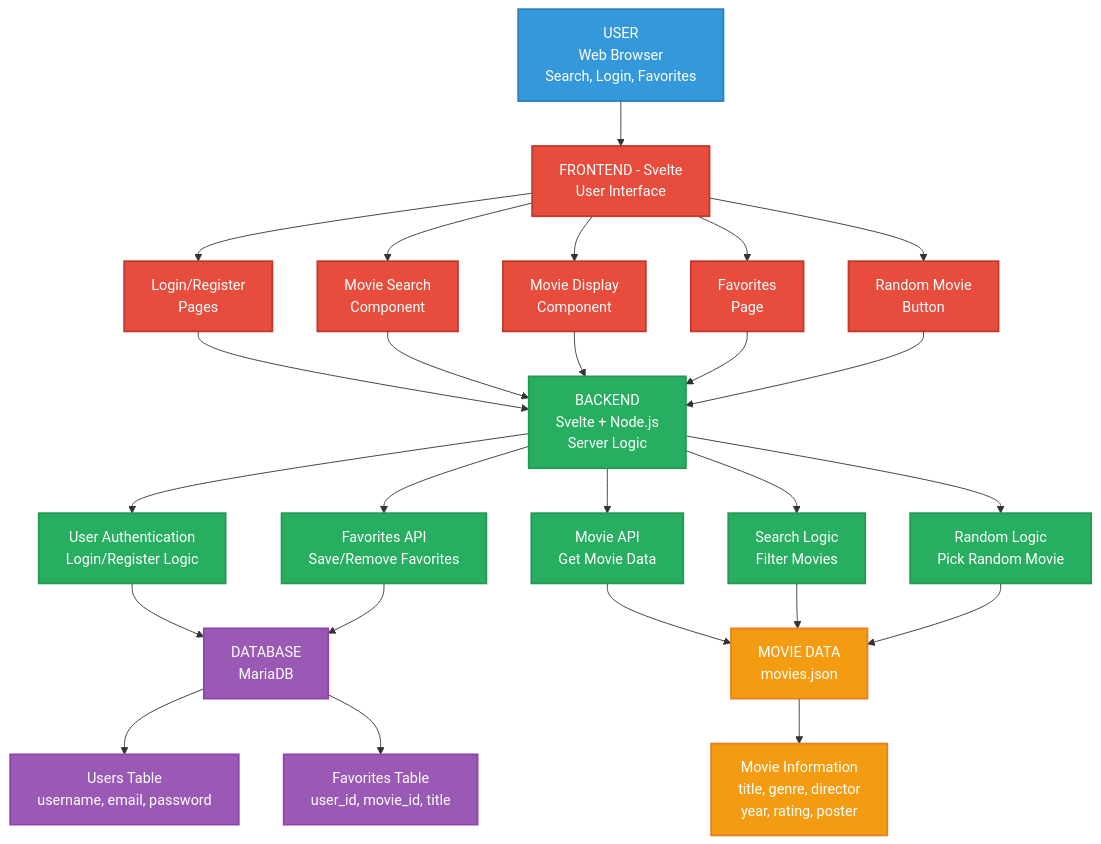
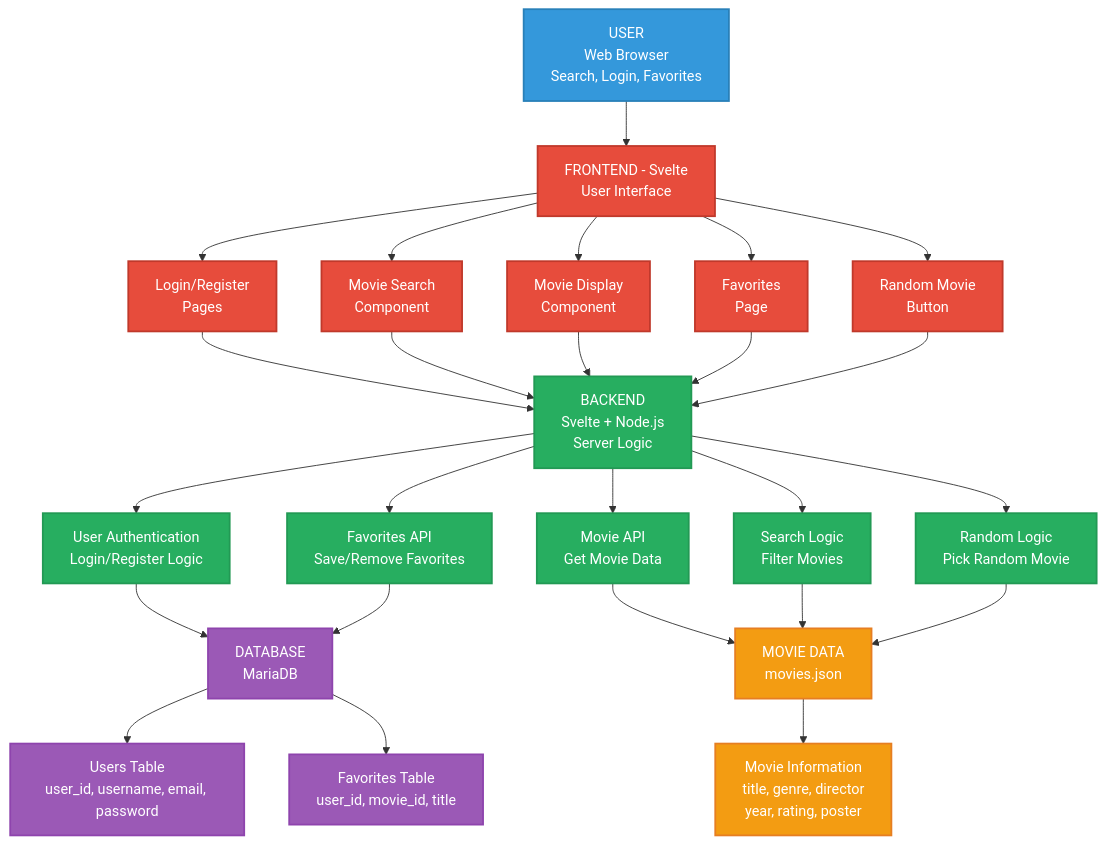
The diagram in README.md (mozartamadeus1756/IMDB), drawn with Mermaid before and after one commit.

````diff
--- a/README.md
+++ b/README.md
@@ -96,54 +96,54 @@
 ```mermaid
 graph TD
     %% User Layer
     A[USER<br/>Web Browser<br/>Search, Login, Favorites] --> B
 
     %% Frontend Layer
     B[FRONTEND - Svelte<br/>User Interface] --> C1[Login/Register<br/>Pages]
     B --> C2[Movie Search<br/>Component]
     B --> C3[Movie Display<br/>Component]
     B --> C4[Favorites<br/>Page]
     B --> C5[Random Movie<br/>Button]
 
     %% Backend connections
     C1 --> D[BACKEND<br/>Svelte + Node.js<br/>Server Logic]
     C2 --> D
     C3 --> D
     C4 --> D
     C5 --> D
 
     %% Backend services
     D --> E1[User Authentication<br/>Login/Register Logic]
     D --> E2[Movie API<br/>Get Movie Data]
     D --> E3[Search Logic<br/>Filter Movies]
     D --> E4[Favorites API<br/>Save/Remove Favorites]
     D --> E5[Random Logic<br/>Pick Random Movie]
 
     %% Data Layer
     E1 --> F1[DATABASE<br/>MariaDB]
     E4 --> F1
     
     E2 --> F2[MOVIE DATA<br/>movies.json]
     E3 --> F2
     E5 --> F2
 
     %% Database tables
-    F1 --> G1[Users Table<br/>username, email, password]
+    F1 --> G1[Users Table<br/>user_id, username, email, password]
     F1 --> G2[Favorites Table<br/>user_id, movie_id, title]
 
     %% Movie data details
     F2 --> H1[Movie Information<br/>title, genre, director<br/>year, rating, poster]
 
     %% Styling
     classDef userLayer fill:#3498db,stroke:#2980b9,stroke-width:2px,color:#fff
     classDef frontendLayer fill:#e74c3c,stroke:#c0392b,stroke-width:2px,color:#fff
     classDef backendLayer fill:#27ae60,stroke:#229954,stroke-width:2px,color:#fff
     classDef dataLayer fill:#9b59b6,stroke:#8e44ad,stroke-width:2px,color:#fff
     classDef fileLayer fill:#f39c12,stroke:#e67e22,stroke-width:2px,color:#fff
 
     class A userLayer
     class B,C1,C2,C3,C4,C5 frontendLayer
     class D,E1,E2,E3,E4,E5 backendLayer
     class F1,G1,G2 dataLayer
     class F2,H1 fileLayer
 ```
````
